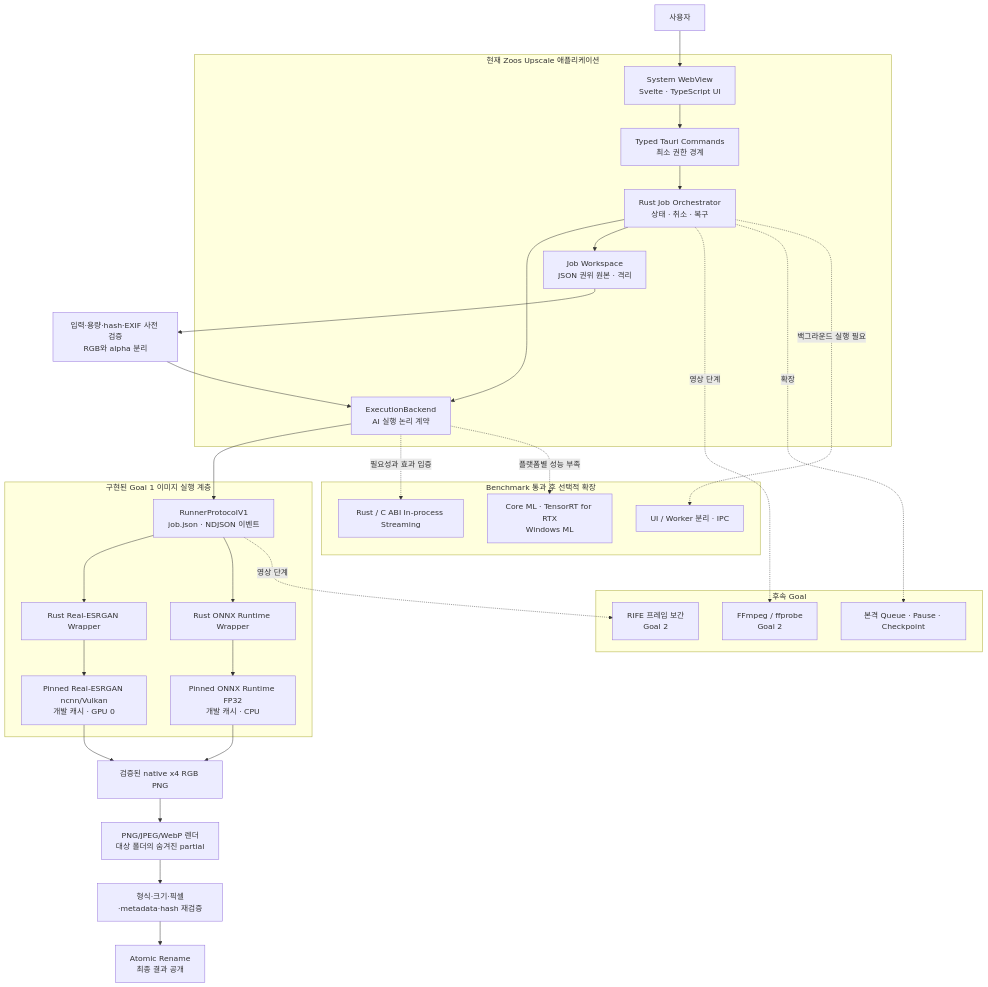
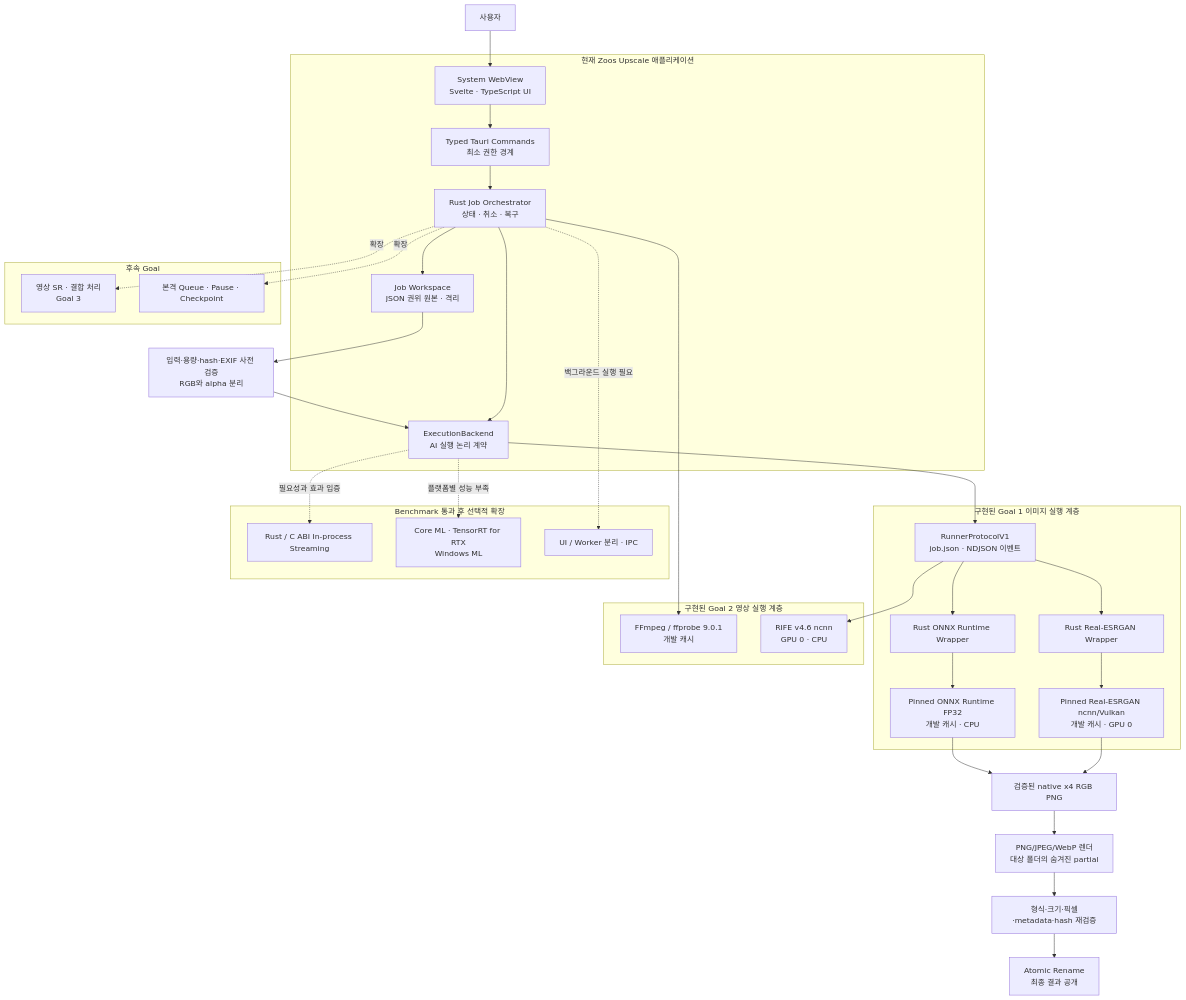
The first of 9 diagrams in ARCHITECTURE.md (zooslab/zoos-upscale), drawn with Mermaid before and after one commit. The commit also changed other lines of this file and 1 other file, not shown here.

Commit message:
docs: Goal 2 구현 현황 반영

````diff
--- a/ARCHITECTURE.md
+++ b/ARCHITECTURE.md
@@ -37,47 +39,52 @@
 ```mermaid
 flowchart TB
     USER["사용자"] --> UI["System WebView<br/>Svelte · TypeScript UI"]
 
     subgraph APP["현재 Zoos Upscale 애플리케이션"]
         UI --> CMD["Typed Tauri Commands<br/>최소 권한 경계"]
         CMD --> ORCH["Rust Job Orchestrator<br/>상태 · 취소 · 복구"]
         ORCH --> EXEC["ExecutionBackend<br/>AI 실행 논리 계약"]
         ORCH --> STORE["Job Workspace<br/>JSON 권위 원본 · 격리"]
     end
 
     subgraph G1["구현된 Goal 1 이미지 실행 계층"]
         EXEC --> PROTOCOL["RunnerProtocolV1<br/>job.json · NDJSON 이벤트"]
         PROTOCOL --> GPUWRAP["Rust Real-ESRGAN Wrapper"]
         PROTOCOL --> CPUWRAP["Rust ONNX Runtime Wrapper"]
         GPUWRAP --> ESR["Pinned Real-ESRGAN ncnn/Vulkan<br/>개발 캐시 · GPU 0"]
         CPUWRAP --> ORT["Pinned ONNX Runtime FP32<br/>개발 캐시 · CPU"]
     end
 
     STORE --> PREFLIGHT["입력·용량·hash·EXIF 사전 검증<br/>RGB와 alpha 분리"]
     PREFLIGHT --> EXEC
     ESR --> X4RGB["검증된 native x4 RGB PNG"]
     ORT --> X4RGB
     X4RGB --> PARTIAL["PNG/JPEG/WebP 렌더<br/>대상 폴더의 숨겨진 partial"]
     PARTIAL --> VERIFY["형식·크기·픽셀·metadata·hash 재검증"]
     VERIFY --> OUTPUT["Atomic Rename<br/>최종 결과 공개"]
 
+    subgraph G2["구현된 Goal 2 영상 실행 계층"]
+        MEDIA["FFmpeg / ffprobe 9.0.1<br/>개발 캐시"]
+        RIFE["RIFE v4.6 ncnn<br/>GPU 0 · CPU"]
+    end
+
     subgraph NEXT["후속 Goal"]
-        MEDIA["FFmpeg / ffprobe<br/>Goal 2"]
-        RIFE["RIFE 프레임 보간<br/>Goal 2"]
+        VIDEOSR["영상 SR · 결합 처리<br/>Goal 3"]
         QUEUE["본격 Queue · Pause · Checkpoint"]
     end
 
-    ORCH -. 영상 단계 .-> MEDIA
-    PROTOCOL -. 영상 단계 .-> RIFE
+    ORCH --> MEDIA
+    PROTOCOL --> RIFE
+    ORCH -. 확장 .-> VIDEOSR
     ORCH -. 확장 .-> QUEUE
 
     subgraph LATER["Benchmark 통과 후 선택적 확장"]
         NATIVE["Rust / C ABI In-process Streaming"]
         VENDOR["Core ML · TensorRT for RTX<br/>Windows ML"]
         WORKER["UI / Worker 분리 · IPC"]
     end
 
     EXEC -. 필요성과 효과 입증 .-> NATIVE
     EXEC -. 플랫폼별 성능 부족 .-> VENDOR
     ORCH -. 백그라운드 실행 필요 .-> WORKER
 ```
````
